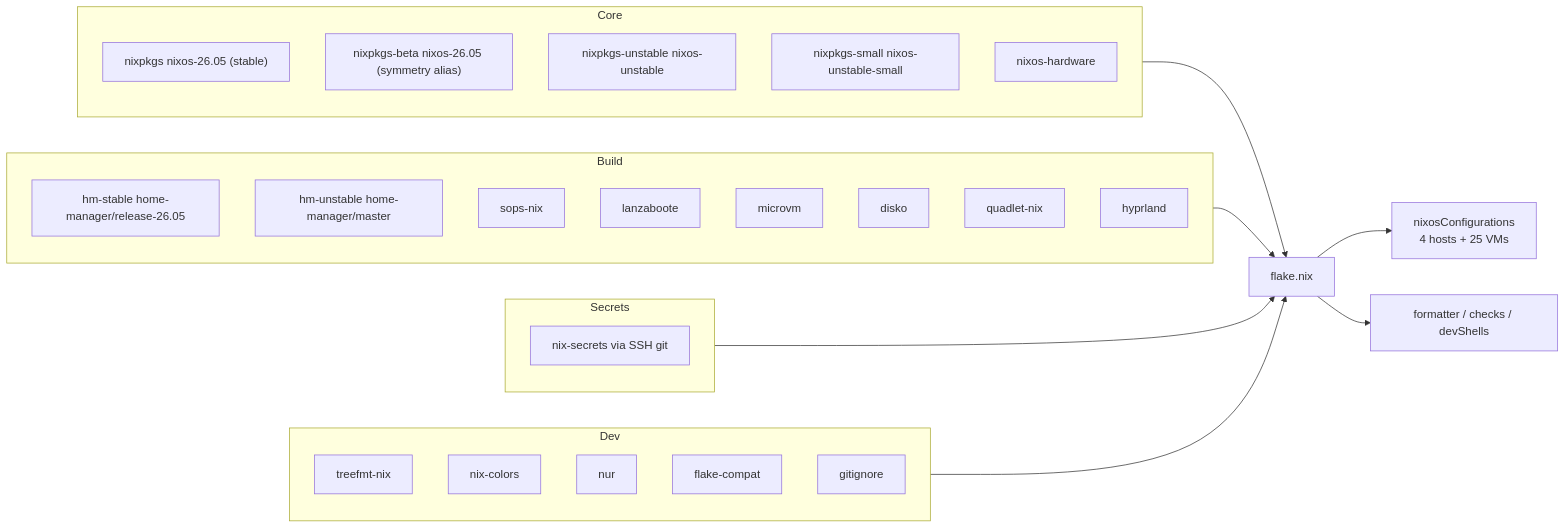
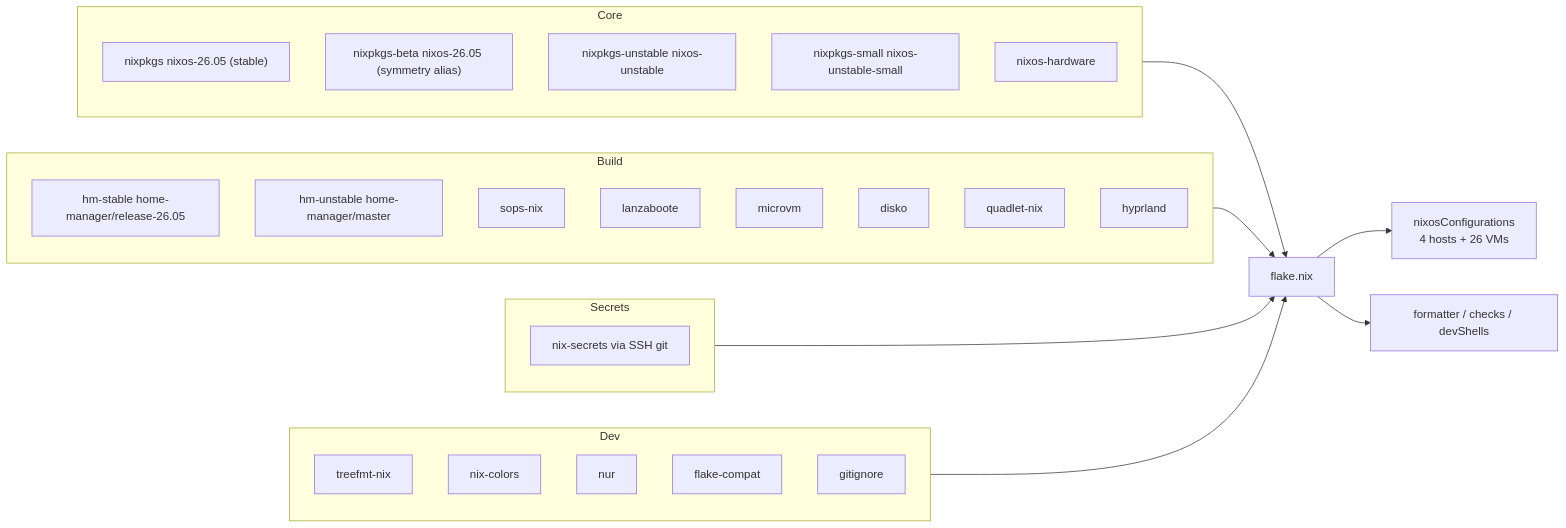
The second of 10 diagrams in docs/Project_Architecture_Blueprint.md (telometto/nix-config), drawn with Mermaid before and after one commit. The commit also changed other lines of this file and 4 other files, not shown here.

````diff
--- a/docs/Project_Architecture_Blueprint.md
+++ b/docs/Project_Architecture_Blueprint.md
@@ -68,36 +68,36 @@
 ```mermaid
 flowchart LR
     subgraph Core
         NP["nixpkgs nixos-26.05 (stable)"]
         NPB["nixpkgs-beta nixos-26.05 (symmetry alias)"]
         NPU[nixpkgs-unstable nixos-unstable]
         NPS[nixpkgs-small nixos-unstable-small]
         NHW[nixos-hardware]
     end
     subgraph Build
         HM[hm-stable home-manager/release-26.05]
         HMU[hm-unstable home-manager/master]
         SOPS[sops-nix]
         LB[lanzaboote]
         MVM[microvm]
         DISKO[disko]
         QN[quadlet-nix]
         HYP[hyprland]
     end
     subgraph Secrets
         NS[nix-secrets via SSH git]
     end
     subgraph Dev
         TFMT[treefmt-nix]
         NC[nix-colors]
         NUR[nur]
         FC[flake-compat]
         GI[gitignore]
     end
     Core --> F[flake.nix]
     Build --> F
     Secrets --> F
     Dev --> F
-    F --> OUT1[nixosConfigurations\n4 hosts + 25 VMs]
+    F --> OUT1[nixosConfigurations\n4 hosts + 26 VMs]
     F --> OUT2[formatter / checks / devShells]
 ```
````
